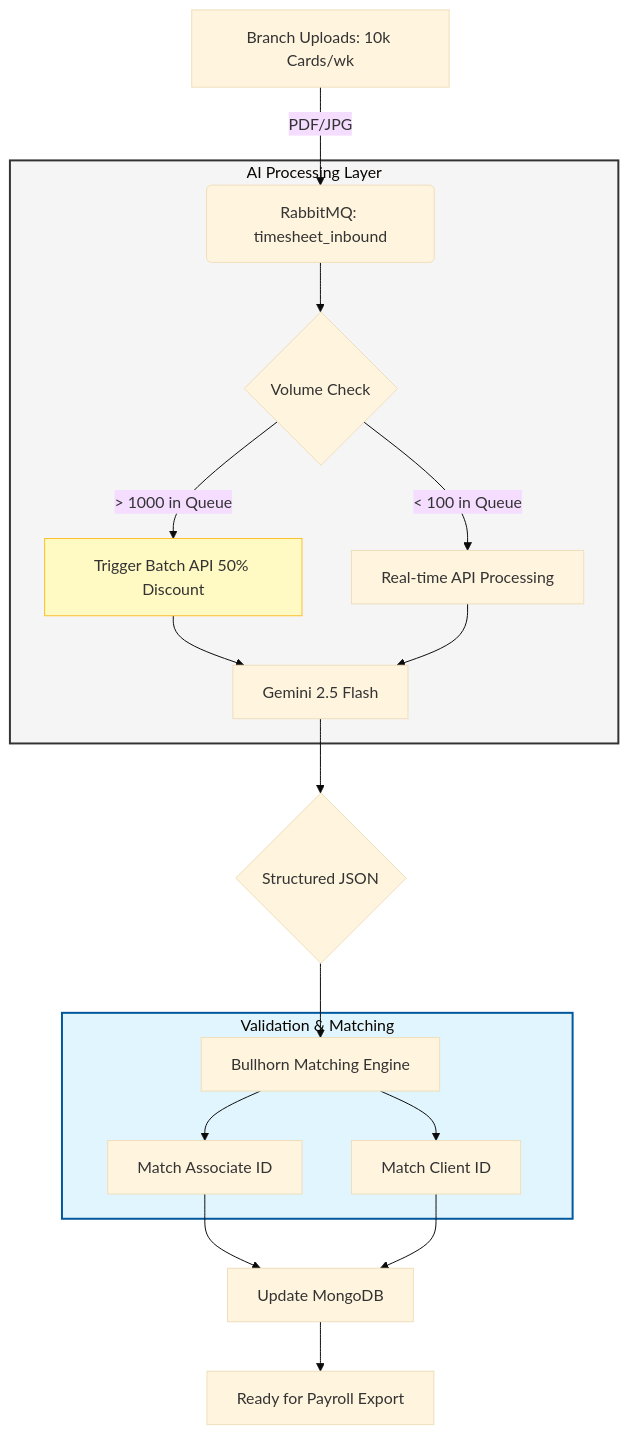
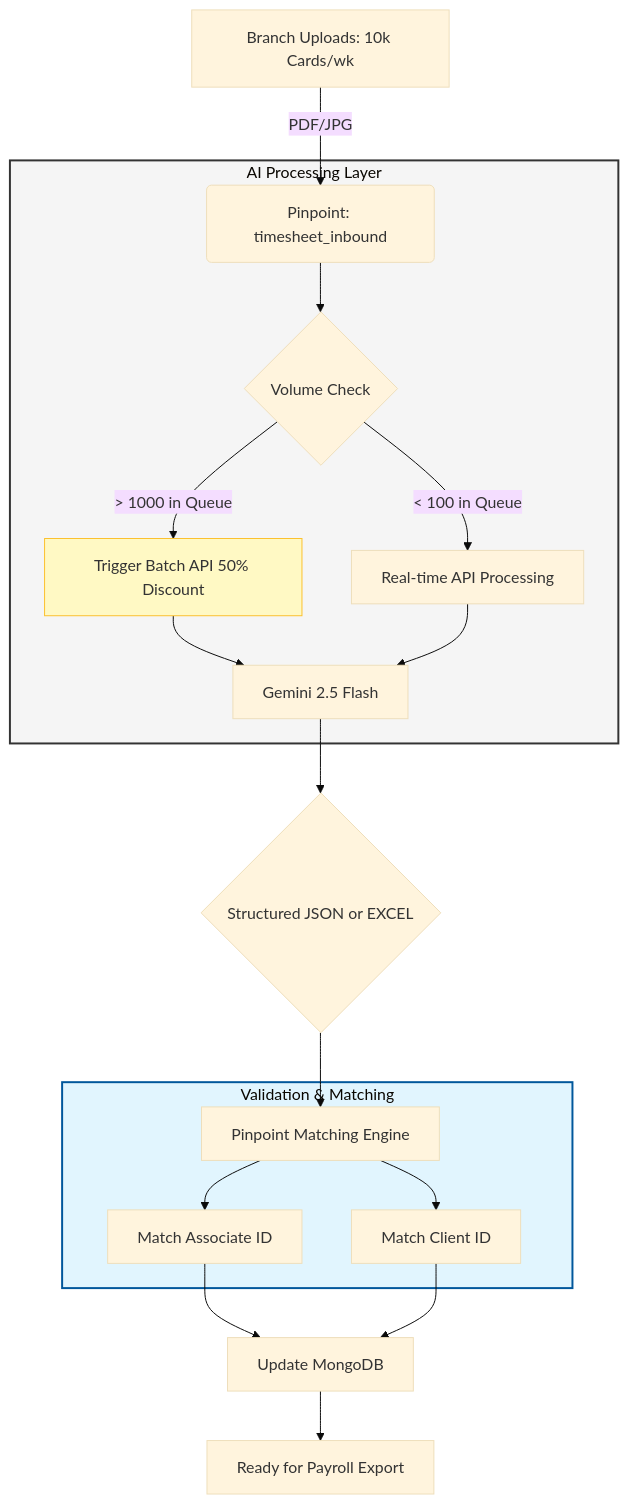
Before and after one commit to rcpsolutions-net/markdown-docs: the first of 3 diagrams in googleGeminiFlashCost.md, drawn with Mermaid (base theme).

Commit message:
Update processing architecture and matching engine references

````diff
--- a/googleGeminiFlashCost.md
+++ b/googleGeminiFlashCost.md
@@ -25,29 +25,29 @@
 ```mermaid
 graph TD
-    A[Branch Uploads: 10k Cards/wk] -->|PDF/JPG| B(RabbitMQ: timesheet_inbound)
+    A[Branch Uploads: 10k Cards/wk] -->|PDF/JPG| B(Pinpoint: timesheet_inbound)
     
     subgraph AI_Processing_Layer [AI Processing Layer]
     B --> C{Volume Check}
     C -->|> 1000 in Queue| D[Trigger Batch API 50% Discount]
     C -->|< 100 in Queue| E[Real-time API Processing]
     
     D --> F[Gemini 2.5 Flash]
     E --> F
     end
 
-    F --> G{Structured JSON}
-    G --> H[Bullhorn Matching Engine]
+    F --> G{Structured JSON or EXCEL}
+    G --> H[Pinpoint Matching Engine]
     
     subgraph Validation_Logic [Validation & Matching]
     H --> I[Match Associate ID]
     H --> J[Match Client ID]
     end
 
     I --> K[Update MongoDB]
     J --> K
     K --> L[Ready for Payroll Export]
     
     style AI_Processing_Layer fill:#f5f5f5,stroke:#333,stroke-width:2px
     style Validation_Logic fill:#e1f5fe,stroke:#01579b,stroke-width:2px
     style D fill:#fff9c4,stroke:#fbc02d
 ```
````
